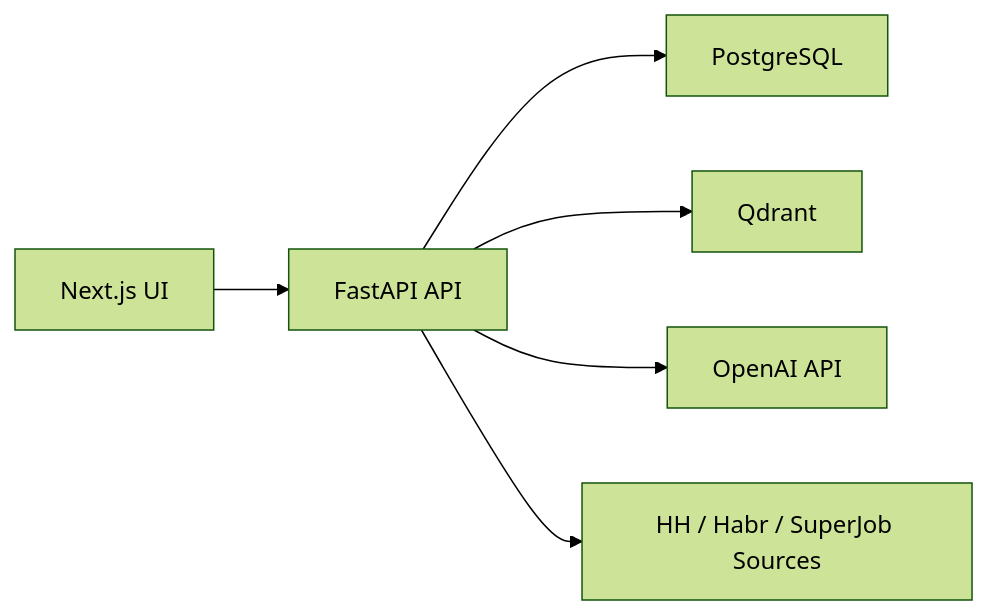
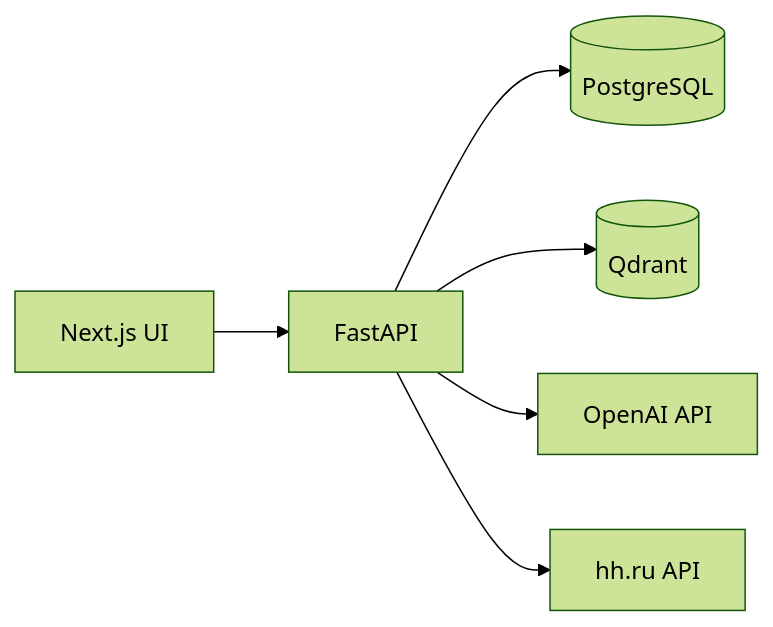
The diagram in README.md (fat32al1ty/HR-assist), drawn with Mermaid (forest theme) before and after one commit. The commit also changed other lines of this file and 5 other files, not shown here.

````diff
--- a/README.md
+++ b/README.md
@@ -21,8 +61,8 @@
 ```mermaid
 flowchart LR
-  UI["Next.js UI"] --> API["FastAPI API"]
-  API --> PG["PostgreSQL"]
-  API --> QD["Qdrant"]
+  UI["Next.js UI"] --> API["FastAPI"]
+  API --> PG[("PostgreSQL")]
+  API --> QD[("Qdrant")]
   API --> OAI["OpenAI API"]
-  API --> SRC["HH / Habr / SuperJob Sources"]
+  API --> HH["hh.ru API"]
 ```
````
